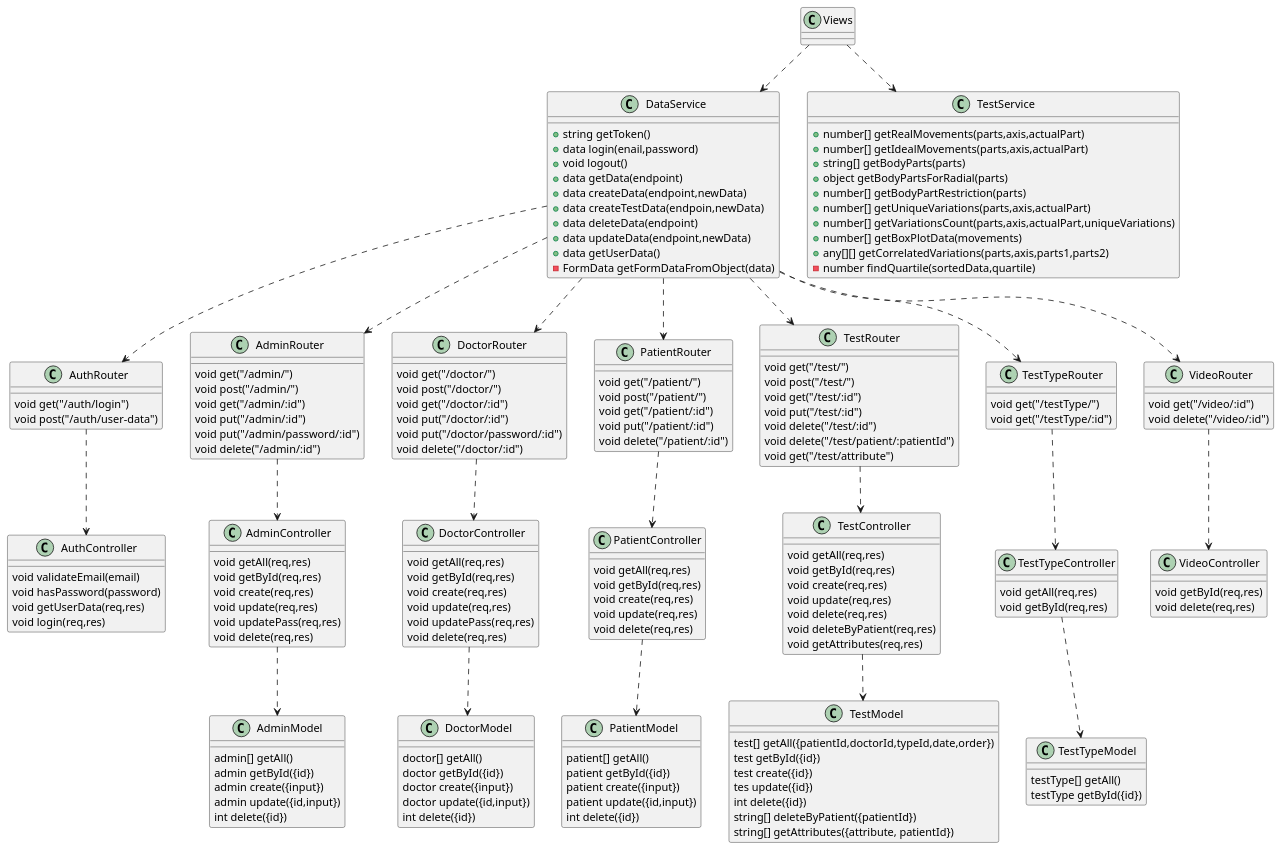
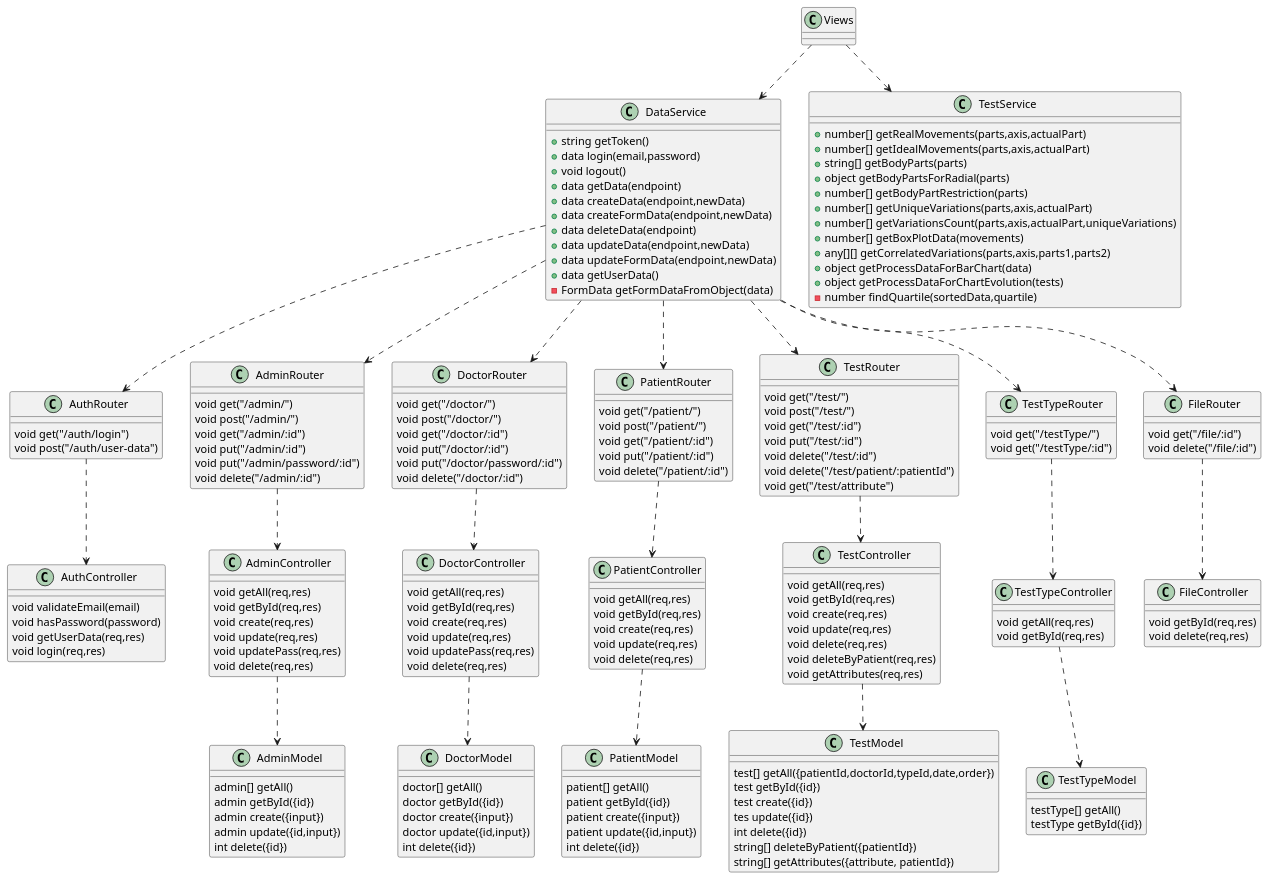
One commit to TFG-SGM/memoria changed the second of 2 diagrams in templateAPP/input/chapters/04_resultado.md. Above: the diagram before and after it, drawn with PlantUML. The commit also changed other lines of this file and 19 other files, not shown here.

```diff
--- a/templateAPP/input/chapters/04_resultado.md
+++ b/templateAPP/input/chapters/04_resultado.md
@@ -82,7 +84,7 @@
 DataService ..> PatientRouter
 DataService ..> TestRouter
 DataService ..> TestTypeRouter
-DataService ..> VideoRouter
+DataService ..> FileRouter
 
 AuthRouter ..> AuthController
 AdminRouter ..> AdminController
@@ -90,7 +92,7 @@
 PatientRouter ..> PatientController
 TestRouter ..> TestController
 TestTypeRouter ..> TestTypeController
-VideoRouter ..> VideoController
+FileRouter ..> FileController
 
 AdminController ..> AdminModel
 DoctorController ..> DoctorModel
@@ -108,18 +110,21 @@
     +number[] getVariationsCount(parts,axis,actualPart,uniqueVariations)
     +number[] getBoxPlotData(movements)
     +any[][] getCorrelatedVariations(parts,axis,parts1,parts2)
+    +object getProcessDataForBarChart(data)
+    +object getProcessDataForChartEvolution(tests)
     -number findQuartile(sortedData,quartile)
 }
 
 class DataService {
     +string getToken()
-	+data login(enail,password)
+	+data login(email,password)
 	+void logout()
 	+data getData(endpoint)
 	+data createData(endpoint,newData) 
-	+data createTestData(endpoin,newData)
+	+data createFormData(endpoint,newData) 
 	+data deleteData(endpoint) 
 	+data updateData(endpoint,newData) 
+	+data updateFormData(endpoint,newData) 
 	+data getUserData() 
 	-FormData getFormDataFromObject(data) 
 }
@@ -170,9 +175,9 @@
 	void get("/testType/:id")
 }
 
-class VideoRouter {
-	void get("/video/:id")
-	void delete("/video/:id")
+class FileRouter {
+	void get("/file/:id")
+	void delete("/file/:id")
 }
 
 class AuthController {
@@ -223,7 +228,7 @@
 	void getById(req,res)
 }
 
-class VideoController {
+class FileController {
 	void getById(req,res)
 	void delete(req,res)
 }
```
